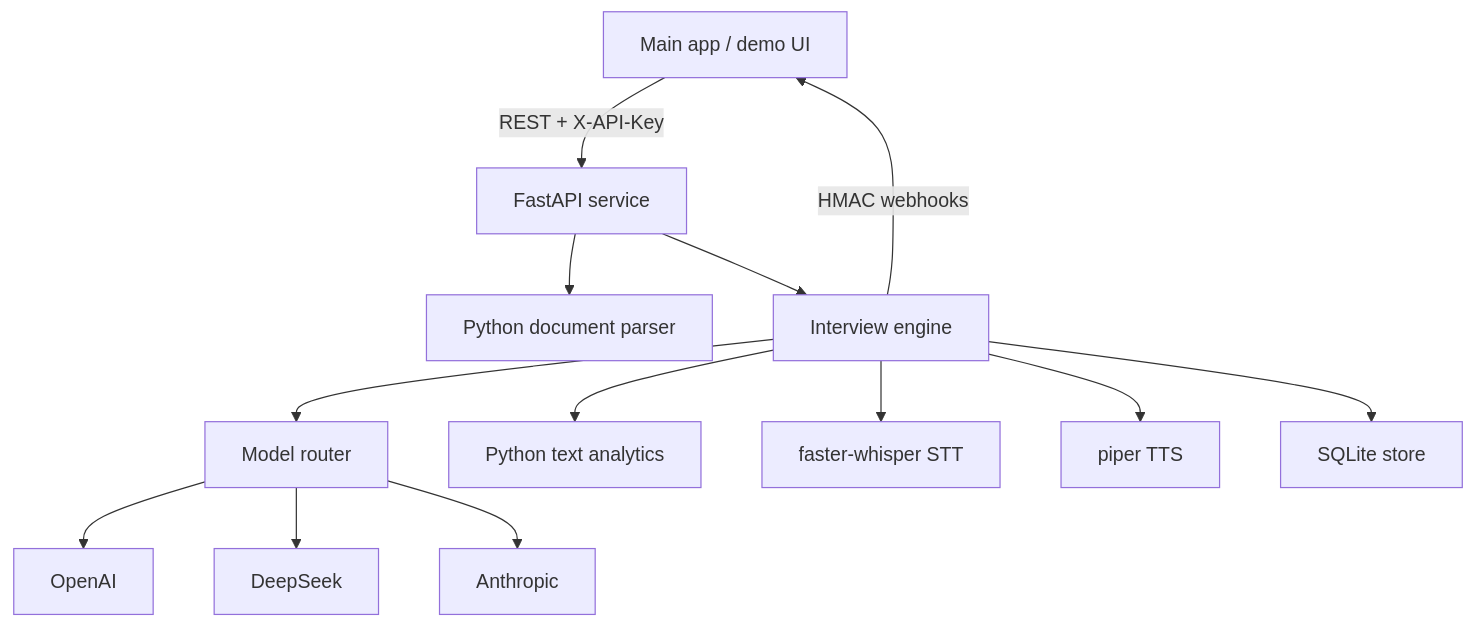
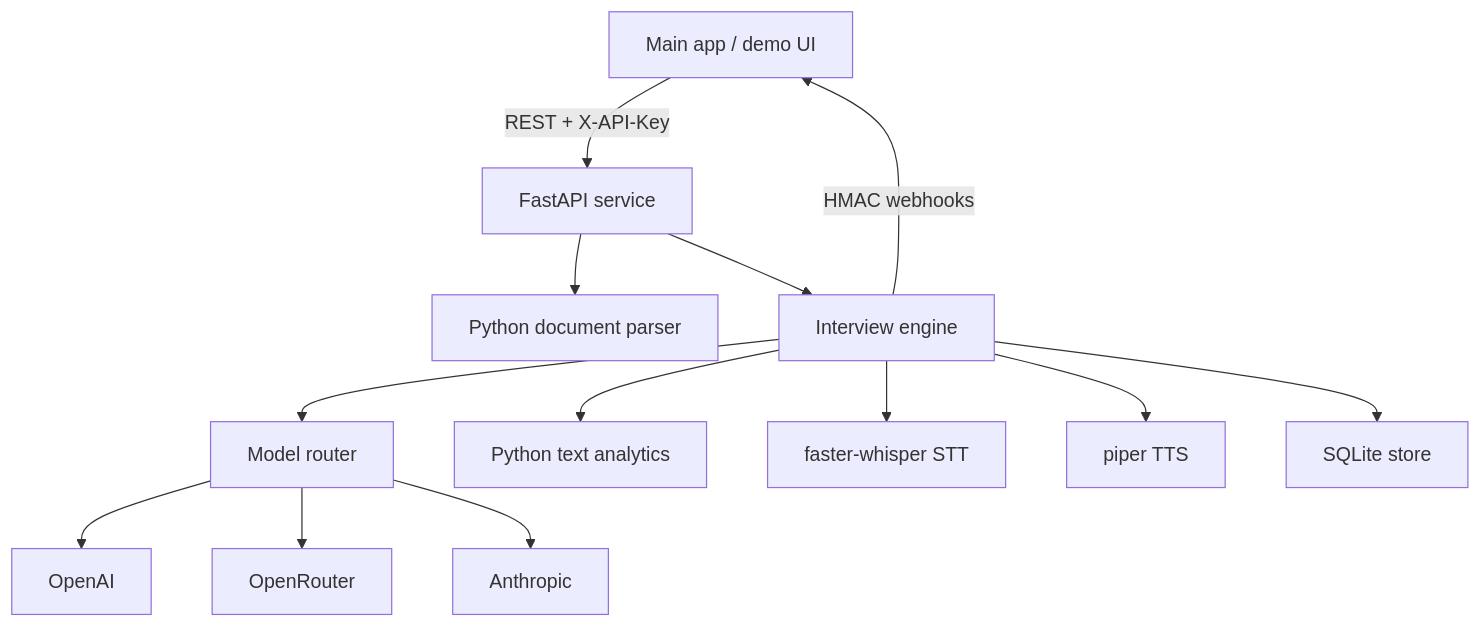
Before and after one commit to jignesh1707/interviewerMS_new: the diagram in README.md, drawn with Mermaid. The commit also changed other lines of this file and 14 other files, not shown here.

First line of the commit message:
Move the Economy plan from DeepSeek to OpenAI GPT-6 Luna via OpenRouter

````diff
--- a/README.md
+++ b/README.md
@@ -39,15 +39,15 @@
 ```mermaid
 graph TD
     MainApp["Main app / demo UI"] -->|"REST + X-API-Key"| API["FastAPI service"]
     API --> Parser["Python document parser"]
     API --> Engine["Interview engine"]
     Engine --> Router["Model router"]
     Router --> OpenAI["OpenAI"]
-    Router --> DeepSeek["DeepSeek"]
+    Router --> OpenRouter["OpenRouter"]
     Router --> Anthropic["Anthropic"]
     Engine --> Analytics["Python text analytics"]
     Engine --> STT["faster-whisper STT"]
     Engine --> TTS["piper TTS"]
     Engine --> DB["SQLite store"]
     Engine -->|"HMAC webhooks"| MainApp
 ```
````
